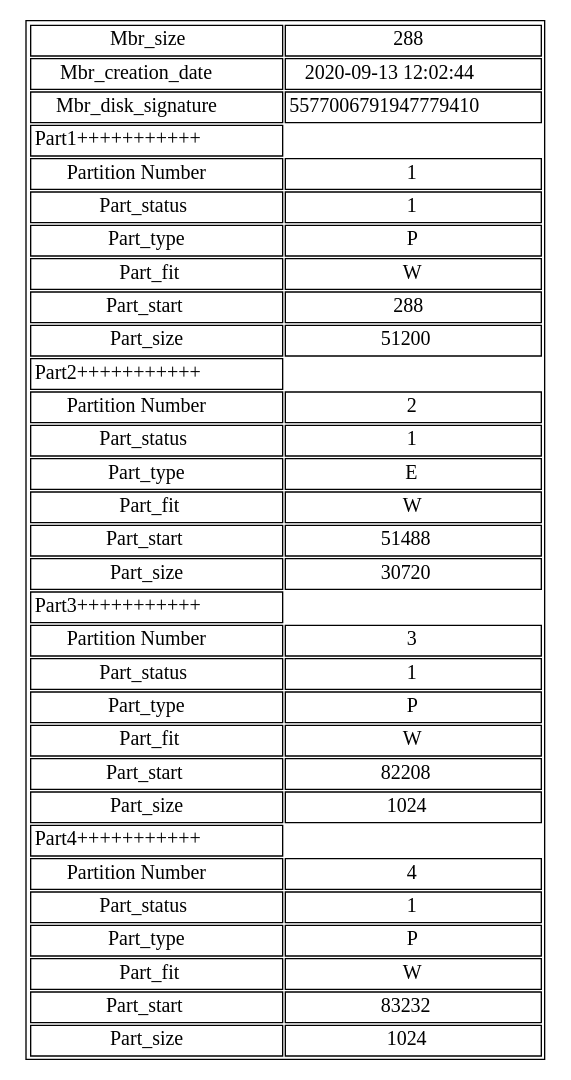
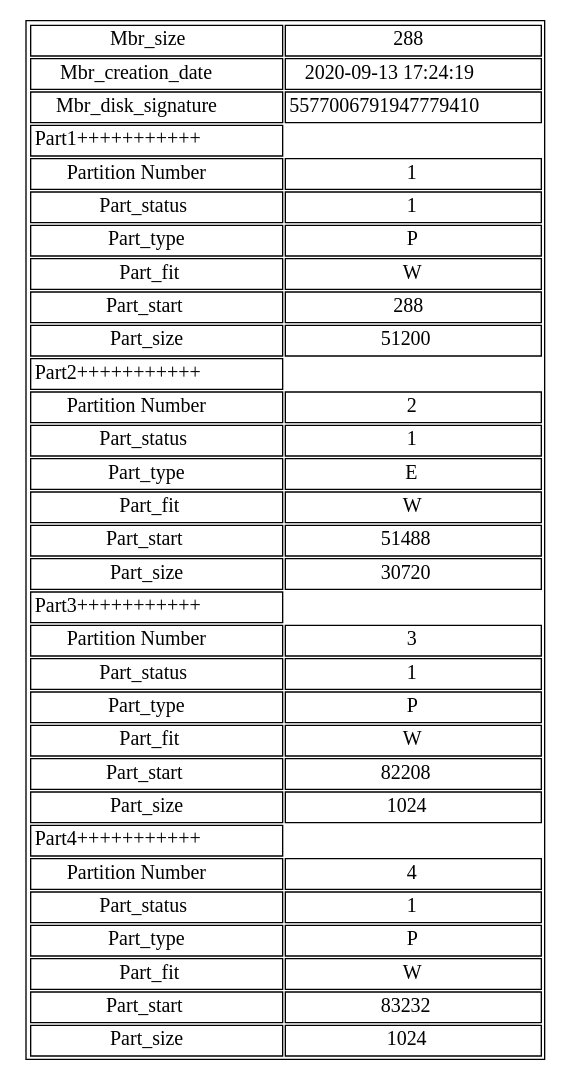
One commit to elJuanjoRamos/-MIA-Proyecto1_201801262 changed the diagram in reports/dots/mbr.jpg.dot. Above: the diagram before and after it, drawn with Graphviz. The commit also changed 8 other files, not shown here.

```diff
--- a/reports/dots/mbr.jpg.dot
+++ b/reports/dots/mbr.jpg.dot
@@ -1,1 +1,1 @@
-digraph test { graph [ratio=fill];node [label="Grafica", fontsize=15, shape=plaintext];graph [bb="0,0,352,154"];arset [label=<<TABLE><TR><TD>Mbr_size</TD><TD>288</TD></TR><TR><TD>Mbr_creation_date</TD><TD>2020-09-13 12:02:44</TD></TR><TR><TD>Mbr_disk_signature</TD><TD>5577006791947779410</TD></TR><TR><TD>Part1+++++++++++</TD></TR><TR><TD>Partition Number</TD><TD>1</TD></TR><TR><TD>Part_status</TD><TD>1</TD></TR><TR><TD>Part_type</TD><TD>P</TD></TR><TR><TD>Part_fit</TD><TD>W</TD></TR><TR><TD>Part_start</TD><TD>288</TD></TR><TR><TD>Part_size</TD><TD>51200</TD></TR><TR><TD>Part2+++++++++++</TD></TR><TR><TD>Partition Number</TD><TD>2</TD></TR><TR><TD>Part_status</TD><TD>1</TD></TR><TR><TD>Part_type</TD><TD>E</TD></TR><TR><TD>Part_fit</TD><TD>W</TD></TR><TR><TD>Part_start</TD><TD>51488</TD></TR><TR><TD>Part_size</TD><TD>30720</TD></TR><TR><TD>Part3+++++++++++</TD></TR><TR><TD>Partition Number</TD><TD>3</TD></TR><TR><TD>Part_status</TD><TD>1</TD></TR><TR><TD>Part_type</TD><TD>P</TD></TR><TR><TD>Part_fit</TD><TD>W</TD></TR><TR><TD>Part_start</TD><TD>82208</TD></TR><TR><TD>Part_size</TD><TD>1024</TD></TR><TR><TD>Part4+++++++++++</TD></TR><TR><TD>Partition Number</TD><TD>4</TD></TR><TR><TD>Part_status</TD><TD>1</TD></TR><TR><TD>Part_type</TD><TD>P</TD></TR><TR><TD>Part_fit</TD><TD>W</TD></TR><TR><TD>Part_start</TD><TD>83232</TD></TR><TR><TD>Part_size</TD><TD>1024</TD></TR></TABLE>>, ];}
+digraph test { graph [ratio=fill];node [label="Grafica", fontsize=15, shape=plaintext];graph [bb="0,0,352,154"];arset [label=<<TABLE><TR><TD>Mbr_size</TD><TD>288</TD></TR><TR><TD>Mbr_creation_date</TD><TD>2020-09-13 17:24:19</TD></TR><TR><TD>Mbr_disk_signature</TD><TD>5577006791947779410</TD></TR><TR><TD>Part1+++++++++++</TD></TR><TR><TD>Partition Number</TD><TD>1</TD></TR><TR><TD>Part_status</TD><TD>1</TD></TR><TR><TD>Part_type</TD><TD>P</TD></TR><TR><TD>Part_fit</TD><TD>W</TD></TR><TR><TD>Part_start</TD><TD>288</TD></TR><TR><TD>Part_size</TD><TD>51200</TD></TR><TR><TD>Part2+++++++++++</TD></TR><TR><TD>Partition Number</TD><TD>2</TD></TR><TR><TD>Part_status</TD><TD>1</TD></TR><TR><TD>Part_type</TD><TD>E</TD></TR><TR><TD>Part_fit</TD><TD>W</TD></TR><TR><TD>Part_start</TD><TD>51488</TD></TR><TR><TD>Part_size</TD><TD>30720</TD></TR><TR><TD>Part3+++++++++++</TD></TR><TR><TD>Partition Number</TD><TD>3</TD></TR><TR><TD>Part_status</TD><TD>1</TD></TR><TR><TD>Part_type</TD><TD>P</TD></TR><TR><TD>Part_fit</TD><TD>W</TD></TR><TR><TD>Part_start</TD><TD>82208</TD></TR><TR><TD>Part_size</TD><TD>1024</TD></TR><TR><TD>Part4+++++++++++</TD></TR><TR><TD>Partition Number</TD><TD>4</TD></TR><TR><TD>Part_status</TD><TD>1</TD></TR><TR><TD>Part_type</TD><TD>P</TD></TR><TR><TD>Part_fit</TD><TD>W</TD></TR><TR><TD>Part_start</TD><TD>83232</TD></TR><TR><TD>Part_size</TD><TD>1024</TD></TR></TABLE>>, ];}
```
